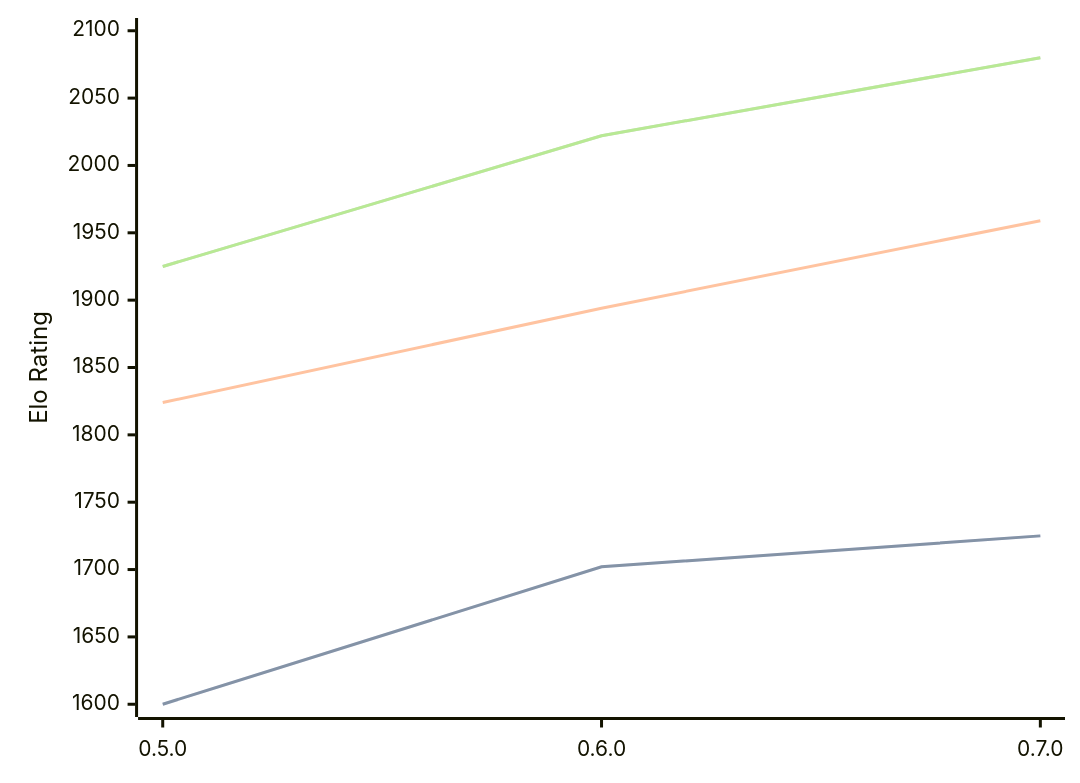
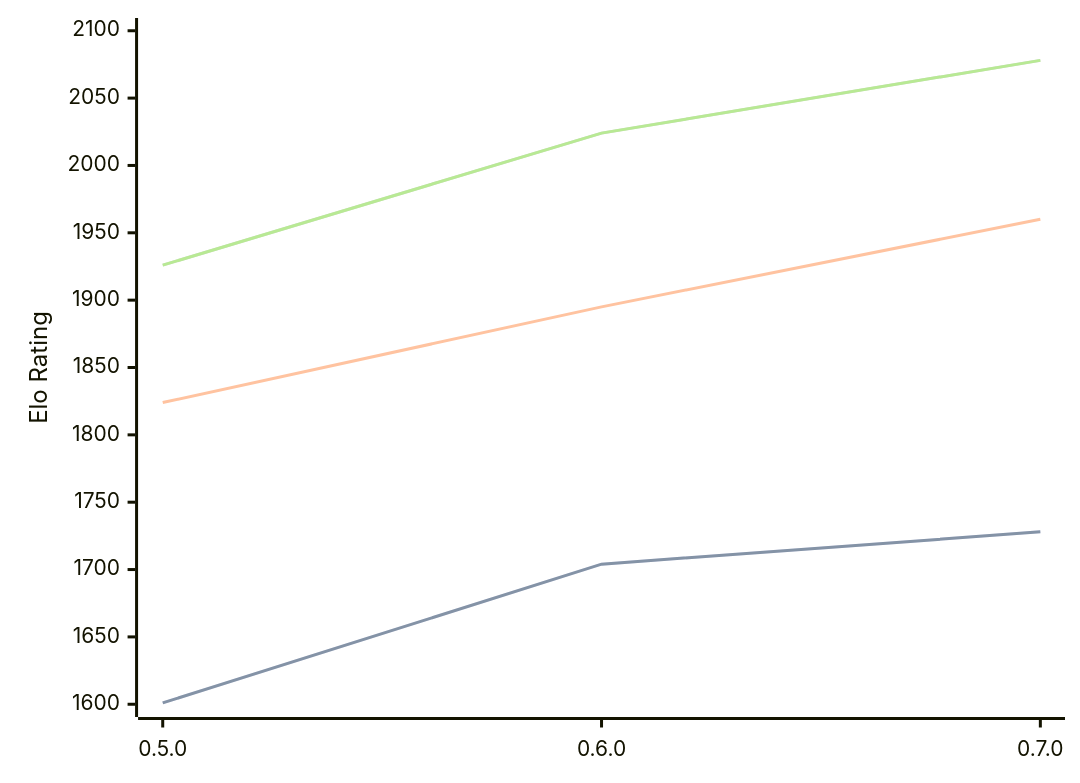
The diagram in engines/Chess-rs.md (computer-chess-index/cci), drawn with Mermaid before and after one commit. The commit also changed other lines of this file, not shown here.

Commit message:
Update CCI Ratings (ELO VLTC) - 2026-05-17

````diff
--- a/engines/Chess-rs.md
+++ b/engines/Chess-rs.md
@@ -41,11 +41,11 @@
 ```mermaid
 %%{init: {"theme":"base","themeVariables":{"seriesColors:['#a3a3a3','#222221','#faa371']}}}%%
 xychart-beta
   x-axis ["0.5.0", "0.6.0", "0.7.0"]
   y-axis "Elo Rating" 1600 --> 2100
-  line "STC (8.0+0.08s)" [1600, 1702, 1725]
-  line "STC (8.0+0.08s)" [1600, 1702, 1725]
-  line "LTC (60.0+0.60s)" [1824, 1894, 1959]
-  line "VLTC (2m24s+1.12s)" [1925, 2022, 2080]
-  line "VLTC (2m24s+1.12s)" [1925, 2022, 2080]
+  line "STC (8.0+0.08s)" [1601, 1704, 1728]
+  line "STC (8.0+0.08s)" [1601, 1704, 1728]
+  line "LTC (60.0+0.60s)" [1824, 1895, 1960]
+  line "VLTC (2m24s+1.12s)" [1926, 2024, 2078]
+  line "VLTC (2m24s+1.12s)" [1926, 2024, 2078]
 ```
````
